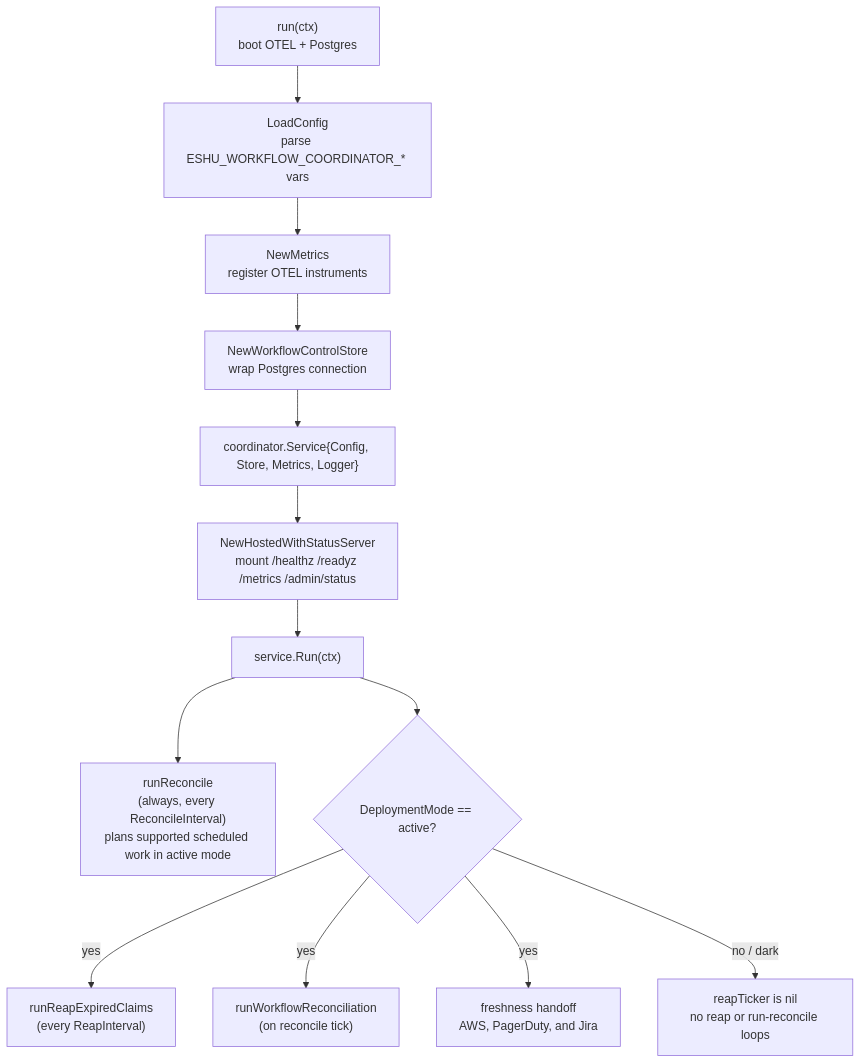
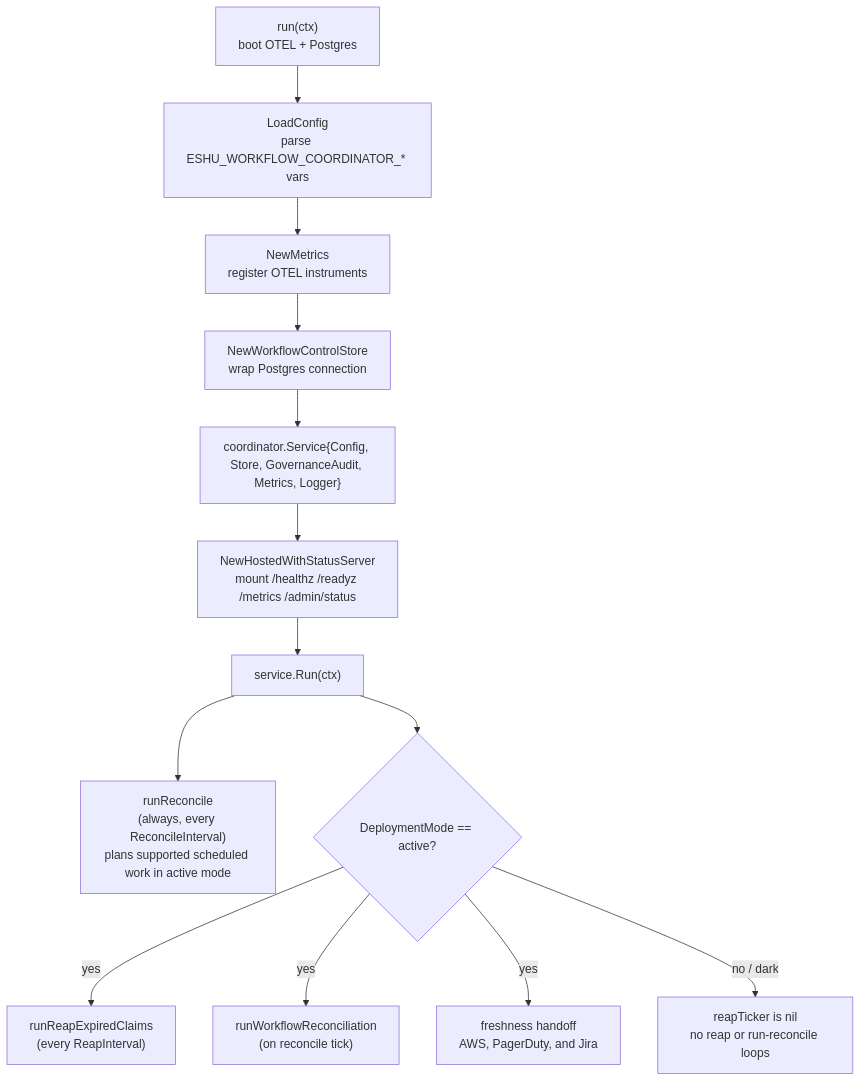
The second of 2 diagrams in go/cmd/workflow-coordinator/README.md (eshu-hq/eshu), drawn with Mermaid before and after one commit. The commit also changed other lines of this file and 16 other files, not shown here.

Commit message:
Record egress decisions in governance audit

````diff
--- a/go/cmd/workflow-coordinator/README.md
+++ b/go/cmd/workflow-coordinator/README.md
@@ -29,15 +30,15 @@
 ```mermaid
 flowchart TB
   A["run(ctx)\nboot OTEL + Postgres"] --> B["LoadConfig\nparse ESHU_WORKFLOW_COORDINATOR_* vars"]
   B --> C["NewMetrics\nregister OTEL instruments"]
   C --> D["NewWorkflowControlStore\nwrap Postgres connection"]
-  D --> E["coordinator.Service{Config, Store, Metrics, Logger}"]
+  D --> E["coordinator.Service{Config, Store, GovernanceAudit, Metrics, Logger}"]
   E --> F["NewHostedWithStatusServer\nmount /healthz /readyz /metrics /admin/status"]
   F --> G["service.Run(ctx)"]
   G --> H["runReconcile\n(always, every ReconcileInterval)\nplans supported scheduled work in active mode"]
   G --> I{"DeploymentMode == active?"}
   I -- yes --> J["runReapExpiredClaims\n(every ReapInterval)"]
   I -- yes --> K["runWorkflowReconciliation\n(on reconcile tick)"]
   I -- yes --> M["freshness handoff\nAWS, PagerDuty, and Jira"]
   I -- no / dark --> L["reapTicker is nil\nno reap or run-reconcile loops"]
 ```
````
